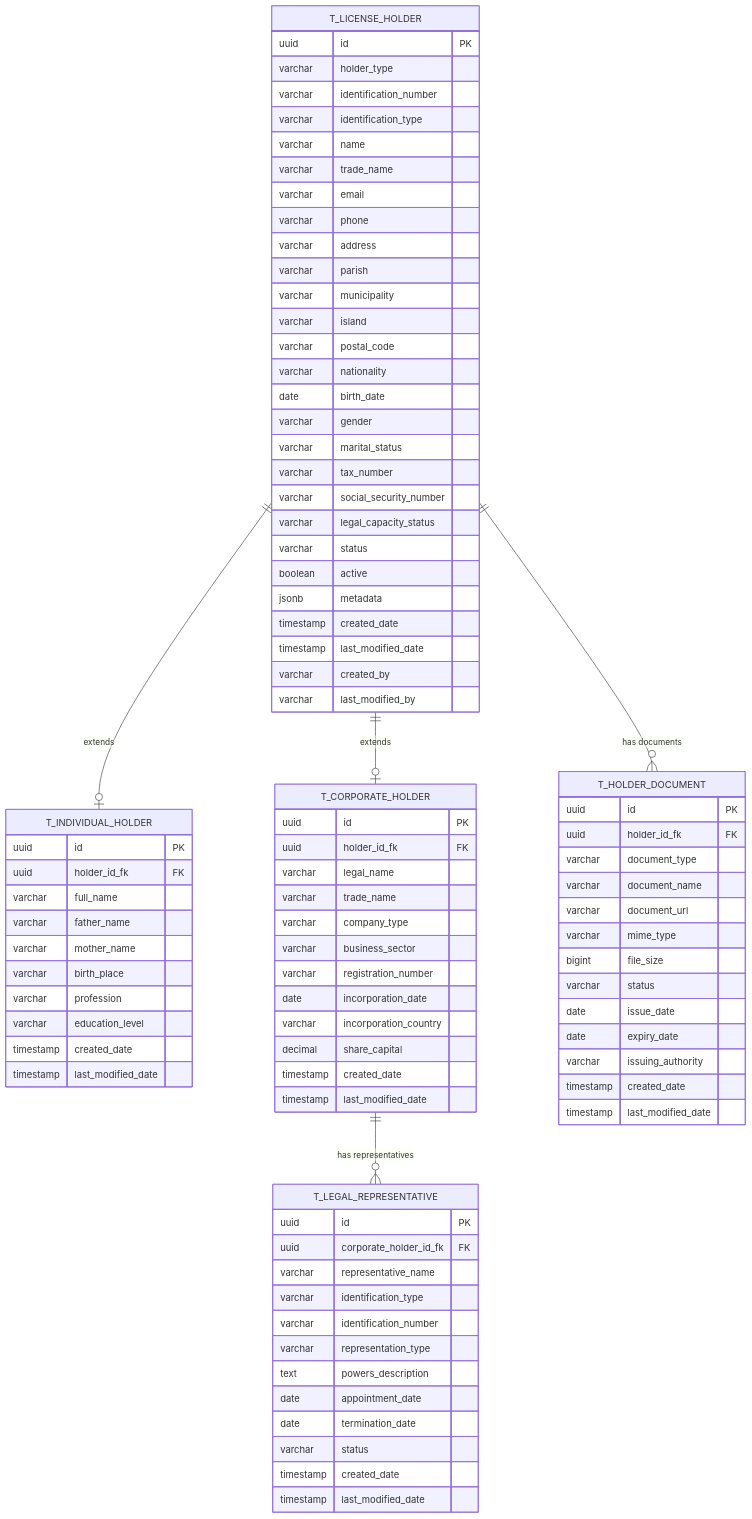
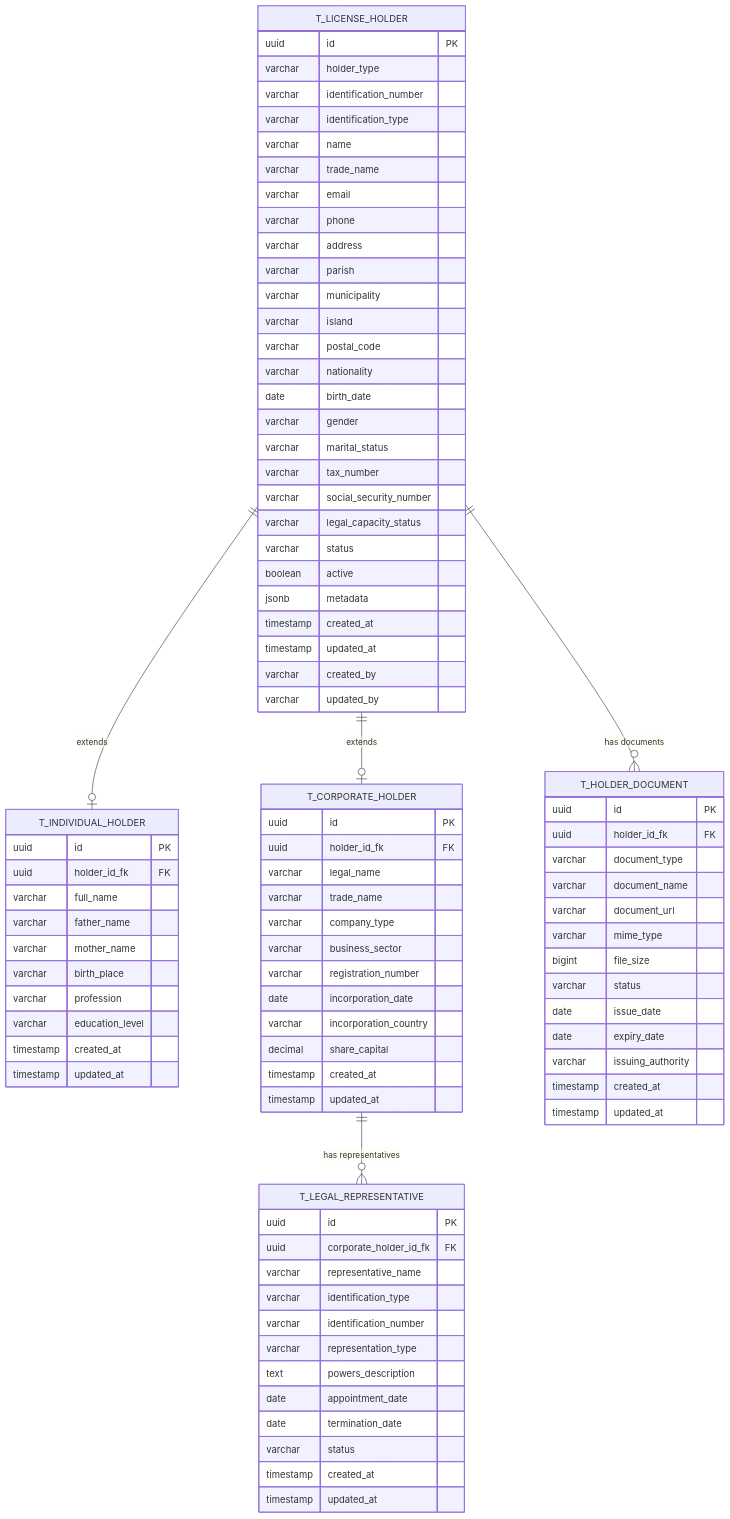
One commit to TA-Digital-CV/licenciamento-backend changed the diagram in .trae/documents/PR02.02-BE-LIC-Gestao-Titulares-Licenca.md. Above: the diagram before and after it, drawn with Mermaid. The commit also changed other lines of this file and 16 other files, not shown here.

First line of the commit message:
Revert "refactor(database): standardize timestamp column names to created_date and last_modified_date"

```diff
--- a/.trae/documents/PR02.02-BE-LIC-Gestao-Titulares-Licenca.md
+++ b/.trae/documents/PR02.02-BE-LIC-Gestao-Titulares-Licenca.md
@@ -48,10 +48,10 @@
         varchar status
         boolean active
         jsonb metadata
-        timestamp created_date
-        timestamp last_modified_date
+        timestamp created_at
+        timestamp updated_at
         varchar created_by
-        varchar last_modified_by
+        varchar updated_by
     }
 
     T_INDIVIDUAL_HOLDER {
@@ -63,8 +63,8 @@
         varchar birth_place
         varchar profession
         varchar education_level
-        timestamp created_date
-        timestamp last_modified_date
+        timestamp created_at
+        timestamp updated_at
     }
 
     T_CORPORATE_HOLDER {
@@ -78,8 +78,8 @@
         date incorporation_date
         varchar incorporation_country
         decimal share_capital
-        timestamp created_date
-        timestamp last_modified_date
+        timestamp created_at
+        timestamp updated_at
     }
 
     T_LEGAL_REPRESENTATIVE {
@@ -93,8 +93,8 @@
         date appointment_date
         date termination_date
         varchar status
-        timestamp created_date
-        timestamp last_modified_date
+        timestamp created_at
+        timestamp updated_at
     }
 
     T_HOLDER_DOCUMENT {
@@ -109,8 +109,8 @@
         date issue_date
         date expiry_date
         varchar issuing_authority
-        timestamp created_date
-        timestamp last_modified_date
+        timestamp created_at
+        timestamp updated_at
     }
 
     T_LICENSE_HOLDER ||--o| T_INDIVIDUAL_HOLDER : "extends"
```
